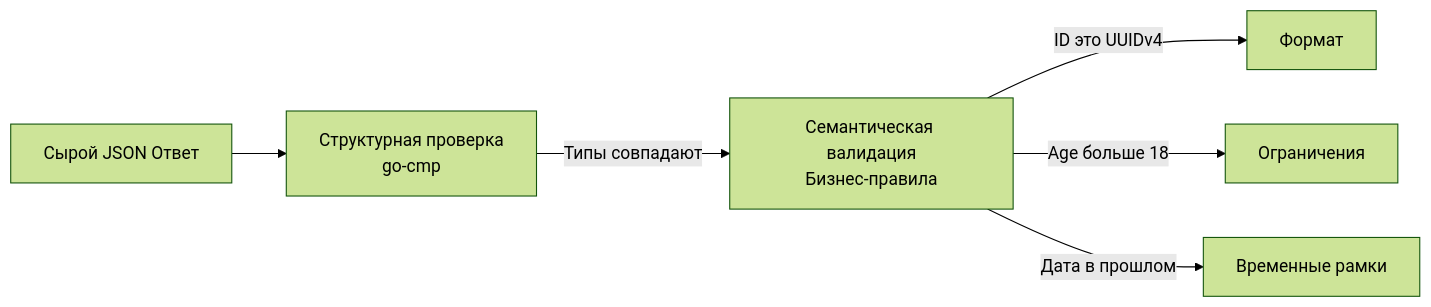
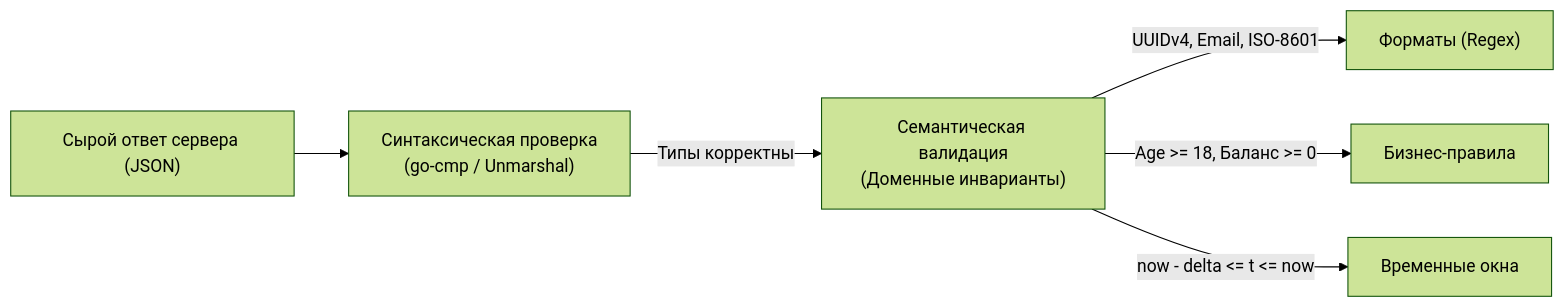
Before and after one commit to UnrealTemplier/go-textbook: the diagram in sources/15. Тестирование в Go (QA & Testing)/06. HTTP и API тестирование/7. Валидация ответов.md, drawn with Mermaid (forest theme). The commit also changed other lines of this file, not shown here.

Commit message:
feat(module-15): editorial rewrite of lecture 7 (Валидация ответов) in Subsection 6 in Kernighan style

````diff
--- a/sources/15. Тестирование в Go (QA & Testing)/06. HTTP и API тестирование/7. Валидация ответов.md
+++ b/sources/15. Тестирование в Go (QA & Testing)/06. HTTP и API тестирование/7. Валидация ответов.md
@@ -9,8 +20,9 @@
 ```mermaid
 flowchart LR
-    Resp["Сырой JSON Ответ"] --> Struct["Структурная проверка<br>go-cmp"]
-    Struct -->|"Типы совпадают"| Sem["Семантическая валидация<br>Бизнес-правила"]
-    Sem -->|"ID это UUIDv4"| V1["Формат"]
-    Sem -->|"Age больше 18"| V2["Ограничения"]
-    Sem -->|"Дата в прошлом"| V3["Временные рамки"]
+    Resp["Сырой ответ сервера (JSON)"] --> Struct["Синтаксическая проверка<br>(go-cmp / Unmarshal)"]
+    Struct -->|"Типы корректны"| Sem["Семантическая валидация<br>(Доменные инварианты)"]
+    
+    Sem -->|"UUIDv4, Email, ISO-8601"| V1["Форматы (Regex)"]
+    Sem -->|"Age >= 18, Баланс >= 0"| V2["Бизнес-правила"]
+    Sem -->|"now - delta <= t <= now"| V3["Временные окна"]
 ```
````
